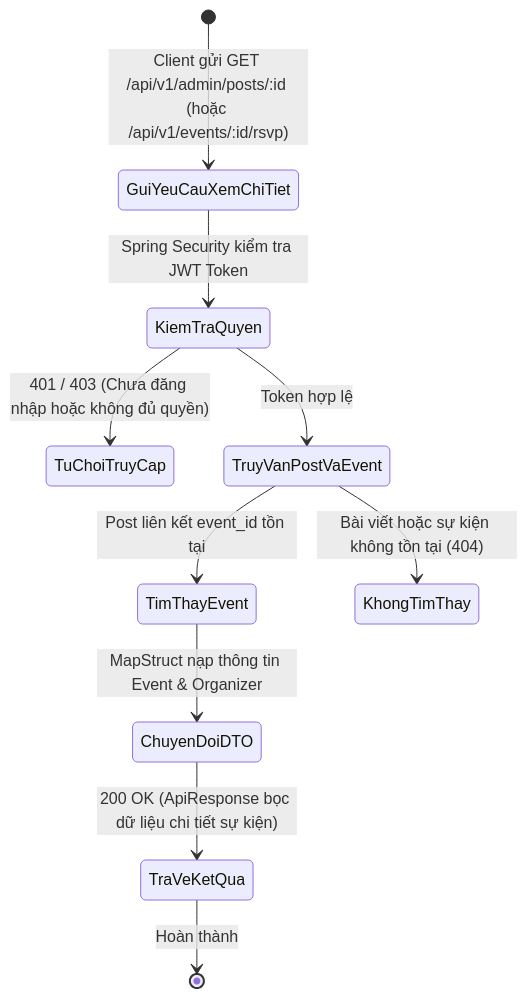
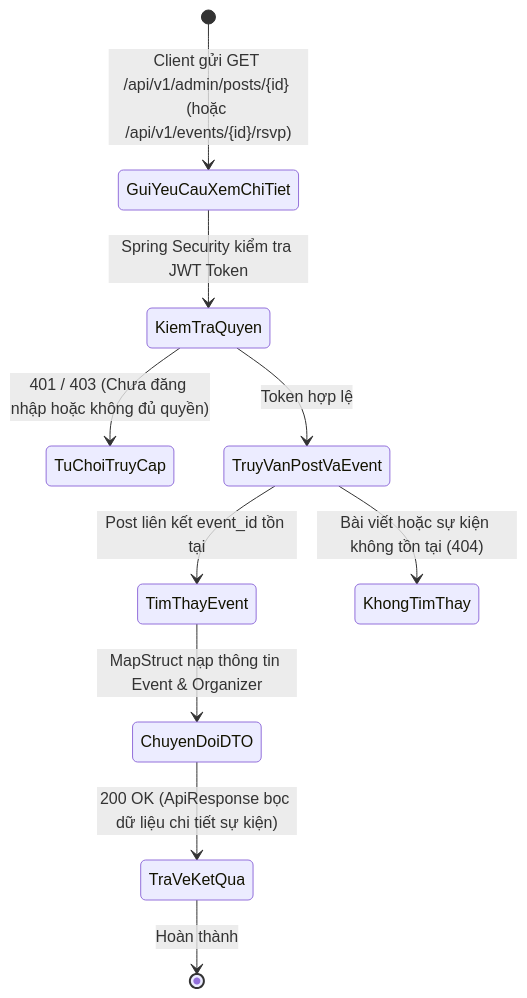
The first of 3 diagrams in docs/update_SRS/SRS_UC_73_ViewEventDetail.md (Alumnect/Alumnect), drawn with Mermaid before and after one commit. The commit also changed other lines of this file and 83 other files, not shown here.

````diff
--- a/docs/update_SRS/SRS_UC_73_ViewEventDetail.md
+++ b/docs/update_SRS/SRS_UC_73_ViewEventDetail.md
@@ -7,12 +7,12 @@
 ```mermaid
 stateDiagram-v2
-    [*] --> GuiYeuCauXemChiTiet : Client gửi GET /api/v1/admin/posts/:id (hoặc /api/v1/events/:id/rsvp)
+    [*] --> GuiYeuCauXemChiTiet : Client gửi GET /api/v1/admin/posts/{id} (hoặc /api/v1/events/{id}/rsvp)
     GuiYeuCauXemChiTiet --> KiemTraQuyen : Spring Security kiểm tra JWT Token
     KiemTraQuyen --> TuChoiTruyCap : 401 / 403 (Chưa đăng nhập hoặc không đủ quyền)
     KiemTraQuyen --> TruyVanPostVaEvent : Token hợp lệ
     TruyVanPostVaEvent --> TimThayEvent : Post liên kết event_id tồn tại
     TruyVanPostVaEvent --> KhongTimThay : Bài viết hoặc sự kiện không tồn tại (404)
     TimThayEvent --> ChuyenDoiDTO : MapStruct nạp thông tin Event & Organizer
     ChuyenDoiDTO --> TraVeKetQua : 200 OK (ApiResponse bọc dữ liệu chi tiết sự kiện)
     TraVeKetQua --> [*] : Hoàn thành
 ```
````
